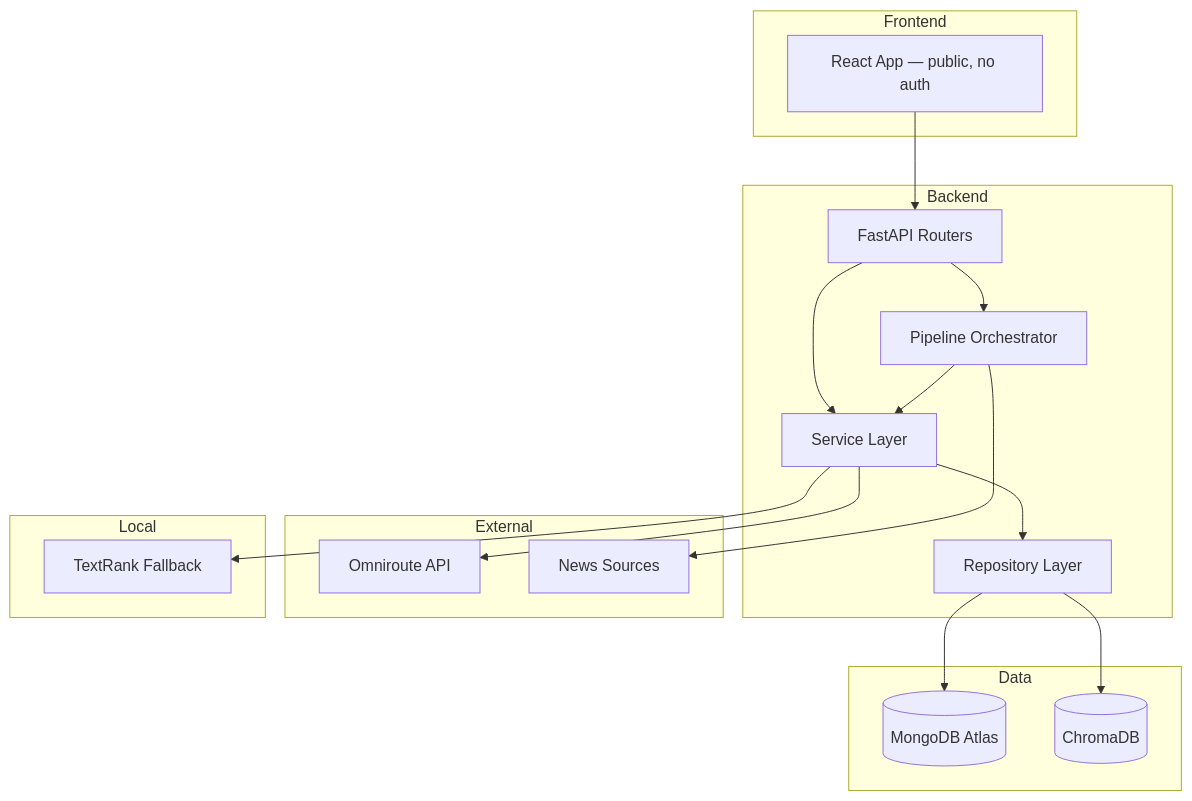
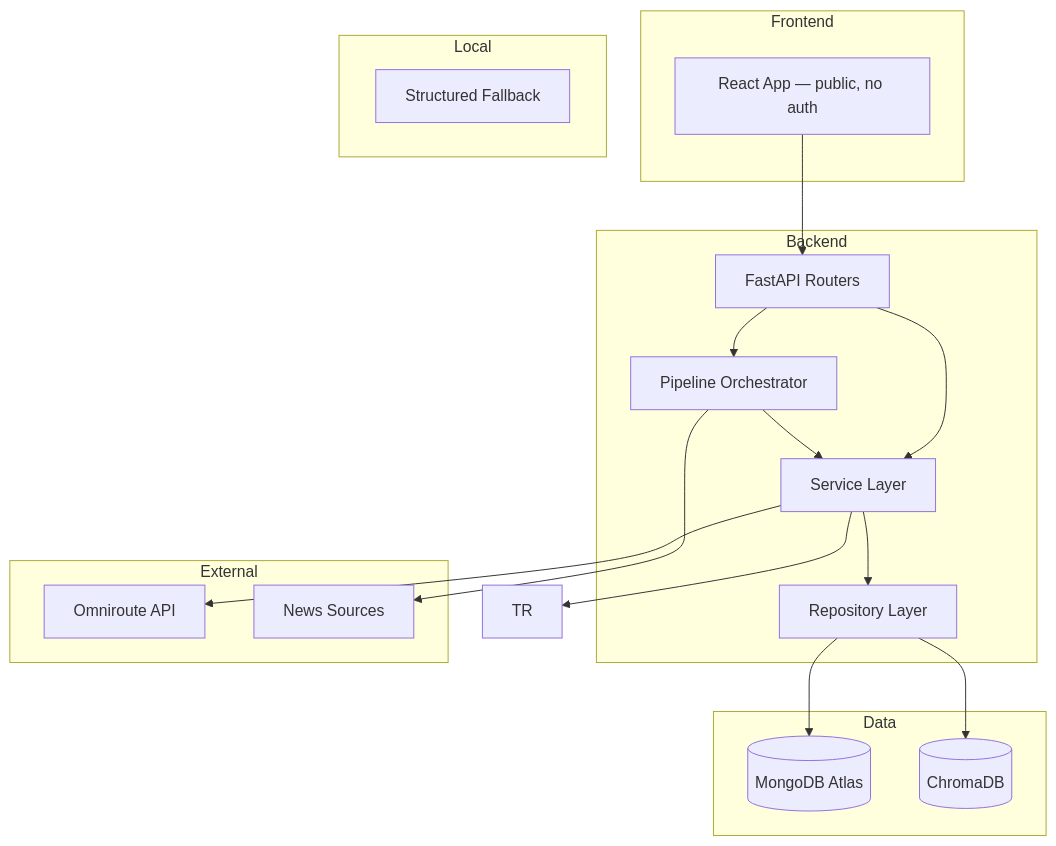
The sixth of 6 diagrams in docs/10-uml-diagrams.md (Charanraju360/military-v2), drawn with Mermaid before and after one commit. The commit also changed other lines of this file and 45 other files, not shown here.

````diff
--- a/docs/10-uml-diagrams.md
+++ b/docs/10-uml-diagrams.md
@@ -185,34 +187,34 @@
 ```mermaid
 flowchart TB
     subgraph Frontend
         FE[React App — public, no auth]
     end
     subgraph Backend
         API[FastAPI Routers]
         ORCH[Pipeline Orchestrator]
         SVC[Service Layer]
         REPO[Repository Layer]
     end
     subgraph Data
         ATLAS[(MongoDB Atlas)]
         VDB[(ChromaDB)]
     end
     subgraph External
         OMNI[Omniroute API]
         SRC[News Sources]
     end
     subgraph Local
-        TR[TextRank Fallback]
+        SF[Structured Fallback]
     end
 
     FE --> API
     API --> ORCH
     API --> SVC
     ORCH --> SVC
     SVC --> REPO
     REPO --> ATLAS
     REPO --> VDB
     SVC --> OMNI
     SVC --> TR
     ORCH --> SRC
 ```
````
